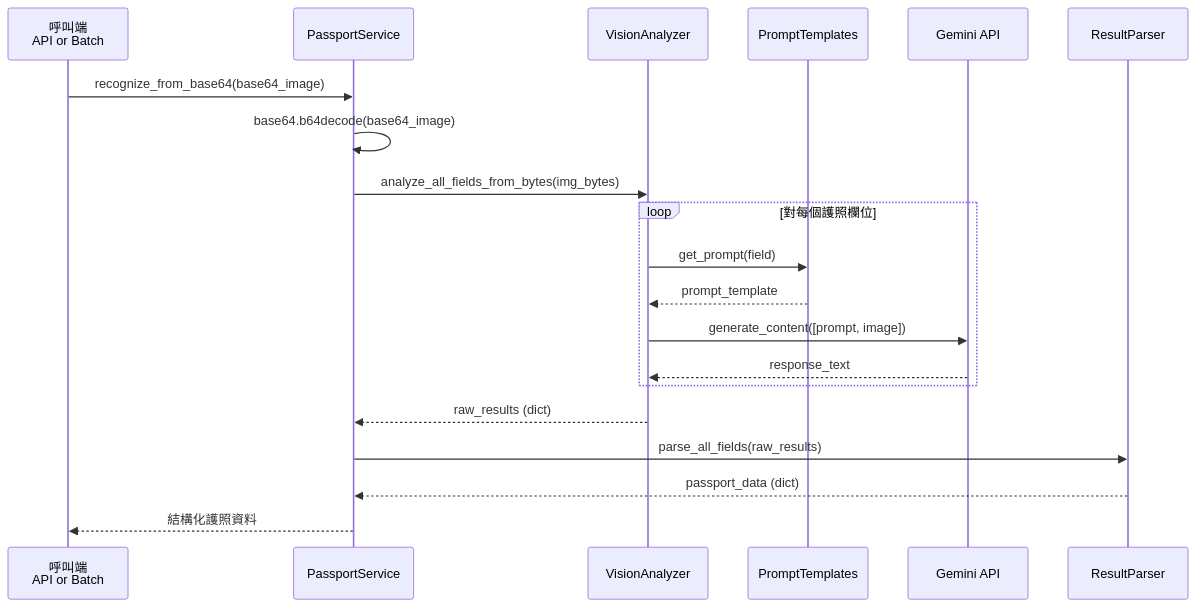
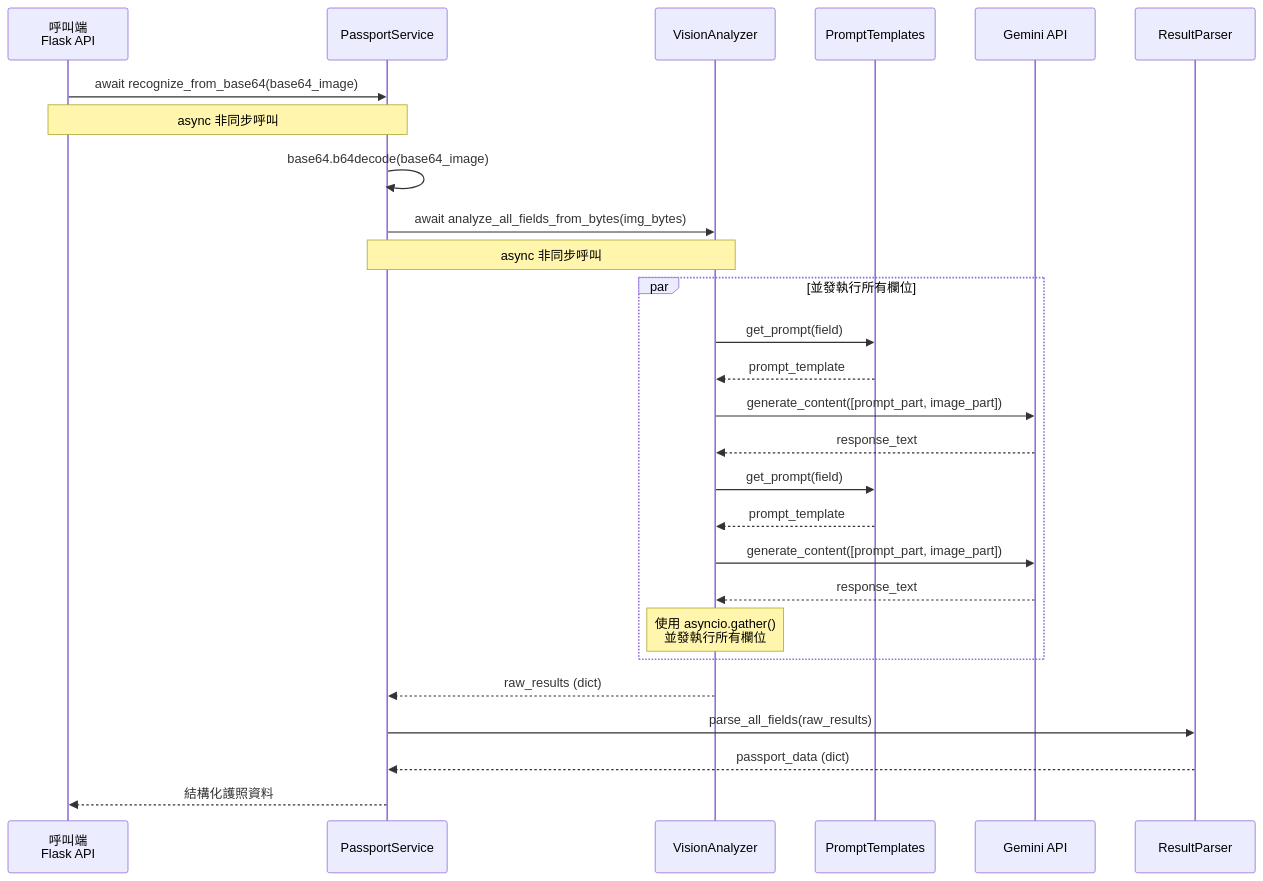
One commit to wu02067602/Passport-image-recognition changed the second of 3 diagrams in 序列圖.md. Above: the diagram before and after it, drawn with Mermaid. The commit also changed other lines of this file and 10 other files, not shown here.

First line of the commit message:
Refactor: Enhance passport recognition API with async support

````diff
--- a/序列圖.md
+++ b/序列圖.md
@@ -86,25 +52,35 @@
 ```mermaid
 sequenceDiagram
-    participant Caller as 呼叫端<br/>API or Batch
+    participant Caller as 呼叫端<br/>Flask API
     participant Service as PassportService
     participant Analyzer as VisionAnalyzer
     participant Templates as PromptTemplates
     participant API as Gemini API
     participant Parser as ResultParser
     
-    Caller->>Service: recognize_from_base64(base64_image)
+    Caller->>Service: await recognize_from_base64(base64_image)
+    Note over Caller,Service: async 非同步呼叫
+    
     Service->>Service: base64.b64decode(base64_image)
-    Service->>Analyzer: analyze_all_fields_from_bytes(img_bytes)
+    Service->>Analyzer: await analyze_all_fields_from_bytes(img_bytes)
+    Note over Service,Analyzer: async 非同步呼叫
     
-    loop 對每個護照欄位
+    par 並發執行所有欄位
         Analyzer->>Templates: get_prompt(field)
         Templates-->>Analyzer: prompt_template
-        Analyzer->>API: generate_content([prompt, image])
+        Analyzer->>API: generate_content([prompt_part, image_part])
         API-->>Analyzer: response_text
+        
+        Analyzer->>Templates: get_prompt(field)
+        Templates-->>Analyzer: prompt_template
+        Analyzer->>API: generate_content([prompt_part, image_part])
+        API-->>Analyzer: response_text
+        
+        Note over Analyzer: 使用 asyncio.gather()<br/>並發執行所有欄位
     end
     
     Analyzer-->>Service: raw_results (dict)
     Service->>Parser: parse_all_fields(raw_results)
     Parser-->>Service: passport_data (dict)
     Service-->>Caller: 結構化護照資料
 ```
````
